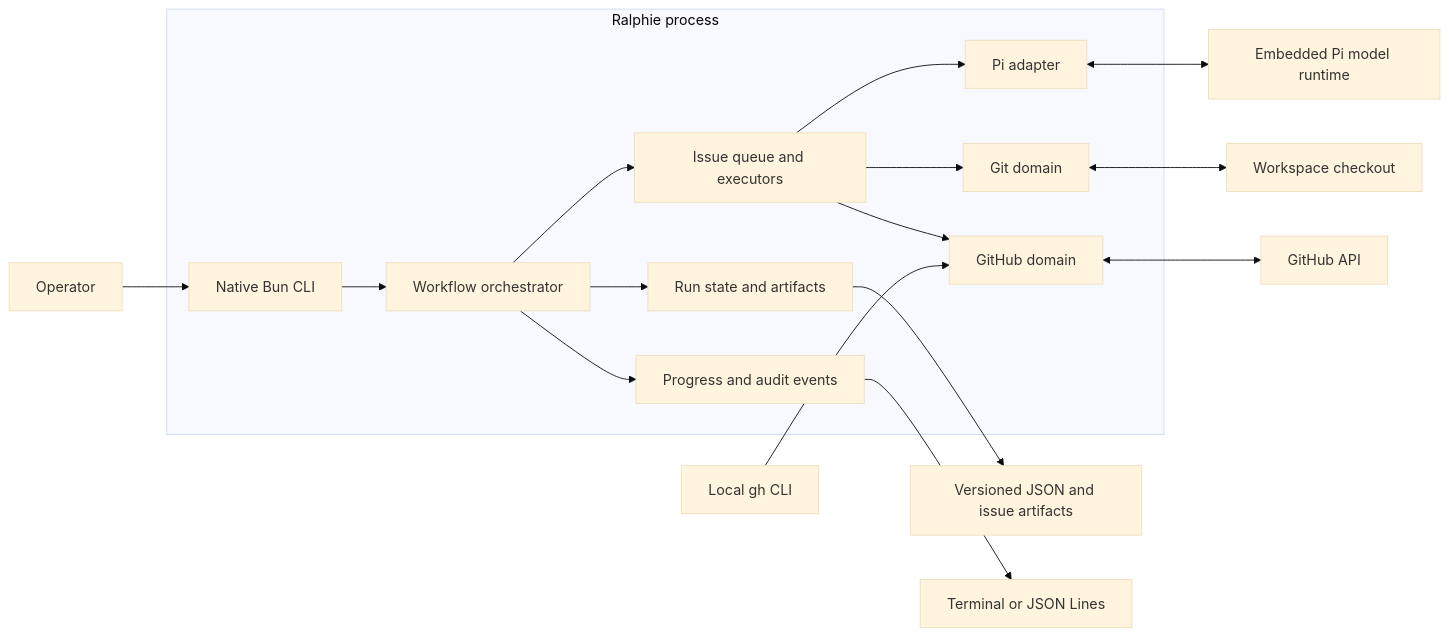
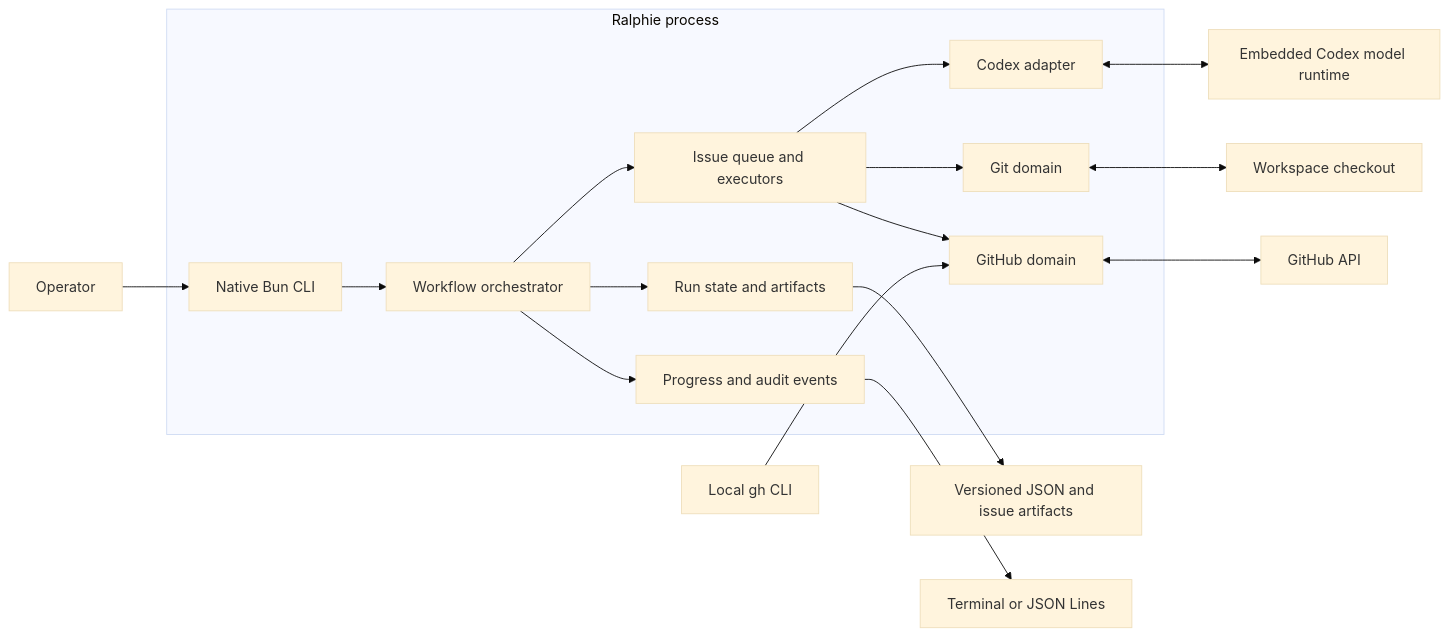
Before and after one commit to beremaran/ralphie: the diagram in docs/architecture.md, drawn with Mermaid (base theme). The commit also changed other lines of this file and 91 other files, not shown here.

````diff
--- a/docs/architecture.md
+++ b/docs/architecture.md
@@ -15,21 +15,21 @@
 ```mermaid
 flowchart LR
     U[Operator] --> CLI[Native Bun CLI]
 
     subgraph RP["Ralphie process"]
         CLI --> W[Workflow orchestrator]
         W --> Q[Issue queue and executors]
         W --> S[Run state and artifacts]
         W --> P[Progress and audit events]
-        Q --> OC[Pi adapter]
+        Q --> OC[Codex adapter]
         Q --> GD[Git domain]
         Q --> GHD[GitHub domain]
     end
 
     AUTH[Local gh CLI] --> GHD
     GHD <--> GH[GitHub API]
     GD <--> REPO[Workspace checkout]
-    OC <--> SERVER[Embedded Pi model runtime]
+    OC <--> SERVER[Embedded Codex model runtime]
     S --> DISK[Versioned JSON and issue artifacts]
     P --> TERM[Terminal or JSON Lines]
 ```
````
